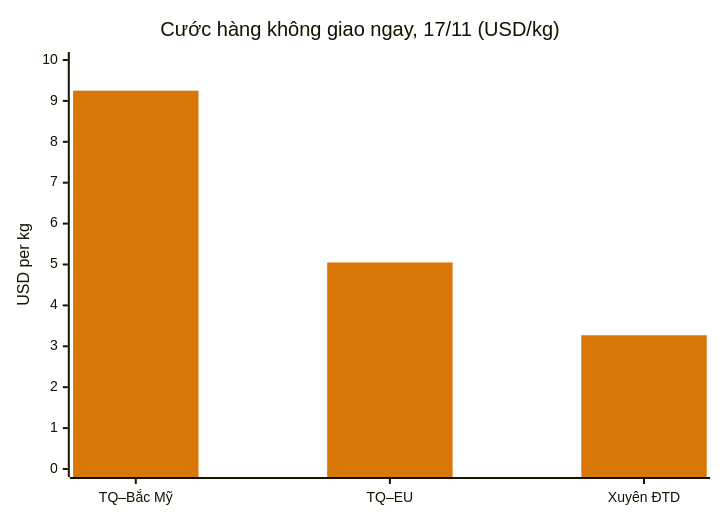
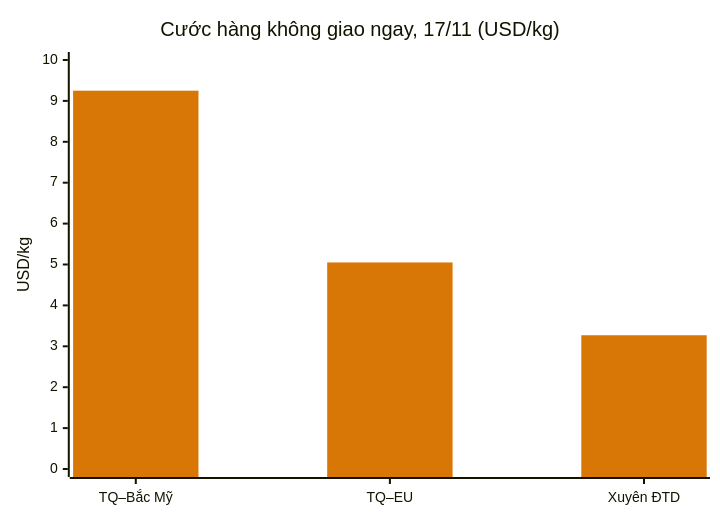
Before and after one commit to dureach/research: diagram 13 of 15 in Global-Trade-Intelligence-weekly-2026-11-23/index.vi.md, drawn with Mermaid. The commit also changed other lines of this file and 5 other files, not shown here.

````diff
--- a/Global-Trade-Intelligence-weekly-2026-11-23/index.vi.md
+++ b/Global-Trade-Intelligence-weekly-2026-11-23/index.vi.md
@@ -567,8 +567,8 @@
 ```mermaid
 %%{init: {'theme': 'base', 'themeVariables': {'xyChart': {'plotColorPalette': '#d97706'}}}}%%
 xychart-beta
     title "Cước hàng không giao ngay, 17/11 (USD/kg)"
     x-axis ["TQ–Bắc Mỹ", "TQ–EU", "Xuyên ĐTD"]
-    y-axis "USD per kg" 0 --> 10
+    y-axis "USD/kg" 0 --> 10
     bar [9.25, 5.05, 3.27]
 ```
````
